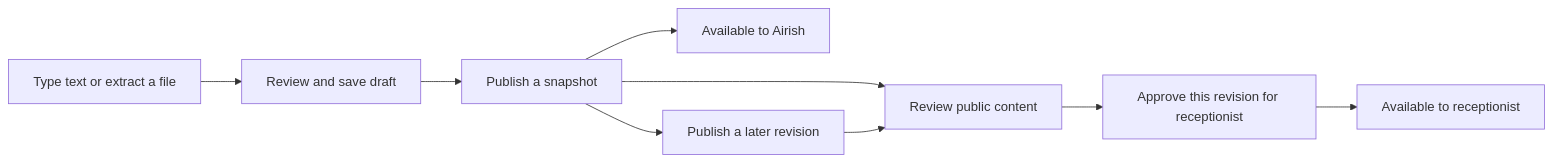
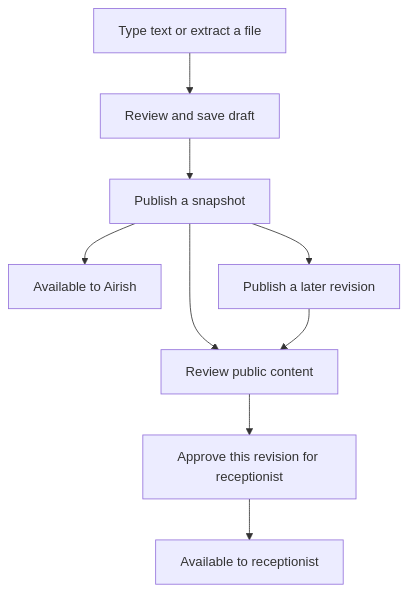
The diagram in docs/BUSINESS_KNOWLEDGE.md (marckengland/flowrish-next), drawn with Mermaid before and after one commit. The commit also changed 2 other files, not shown here.

Commit message:
docs: keep flowchart labels readable at page width

````diff
--- a/docs/BUSINESS_KNOWLEDGE.md
+++ b/docs/BUSINESS_KNOWLEDGE.md
@@ -13,11 +13,11 @@
 ```mermaid
-flowchart LR
+flowchart TD
     input["Type text or extract a file"] --> draft["Review and save draft"]
     draft --> publish["Publish a snapshot"]
     publish --> airish["Available to Airish"]
     publish --> review["Review public content"]
     review --> approve["Approve this revision for receptionist"]
     approve --> caller["Available to receptionist"]
     publish --> revise["Publish a later revision"]
     revise --> review
 ```
````
